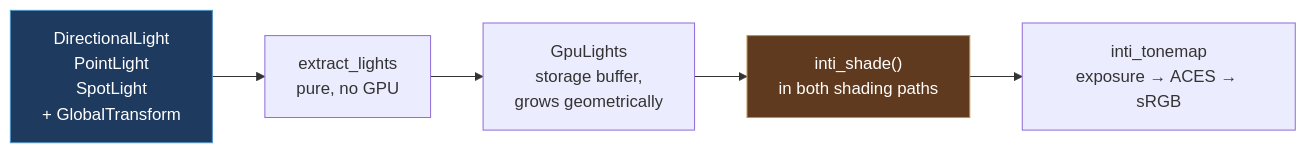
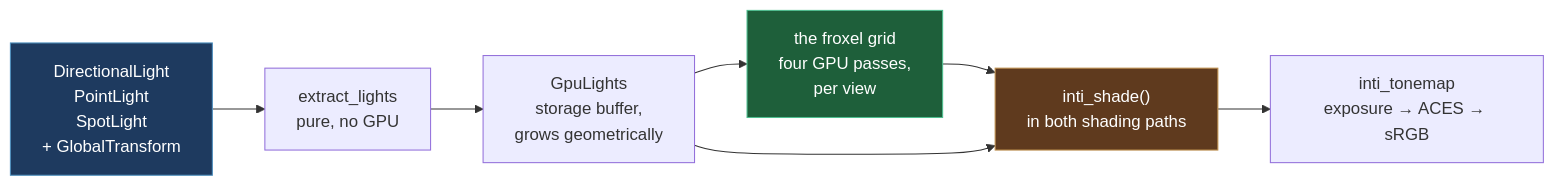
The first of 2 diagrams in docs/book/src/architecture/lighting.md (lobinuxsoft/kooch), drawn with Mermaid before and after one commit. The commit also changed other lines of this file and 1 other file, not shown here.

First line of the commit message:
docs(lighting): the froxel grid, and what has not been measured yet

````diff
--- a/docs/book/src/architecture/lighting.md
+++ b/docs/book/src/architecture/lighting.md
@@ -24,10 +24,13 @@
 ```mermaid
 flowchart LR
     C["DirectionalLight<br/>PointLight<br/>SpotLight<br/>+ GlobalTransform"] --> E[extract_lights<br/>pure, no GPU]
     E --> B[GpuLights<br/>storage buffer,<br/>grows geometrically]
-    B --> S["inti_shade()<br/>in both shading paths"]
+    B --> G["the froxel grid<br/>four GPU passes,<br/>per view"]
+    G --> S["inti_shade()<br/>in both shading paths"]
+    B --> S
     S --> T[inti_tonemap<br/>exposure → ACES → sRGB]
 
     style C fill:#1e3a5f,stroke:#4d8fbe,color:#fff
+    style G fill:#1e5f3a,stroke:#4dbe8f,color:#fff
     style S fill:#5f3a1e,stroke:#be8f4d,color:#fff
 ```
````
